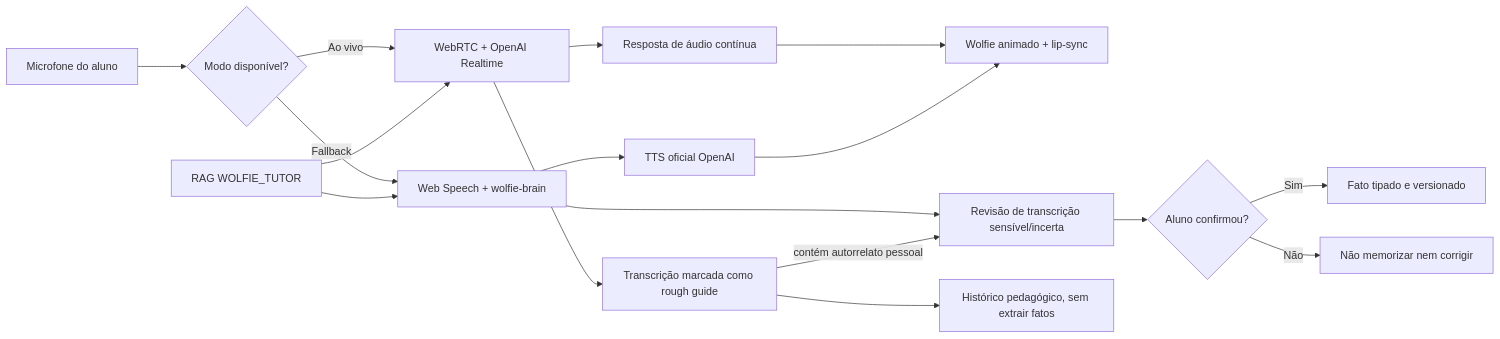
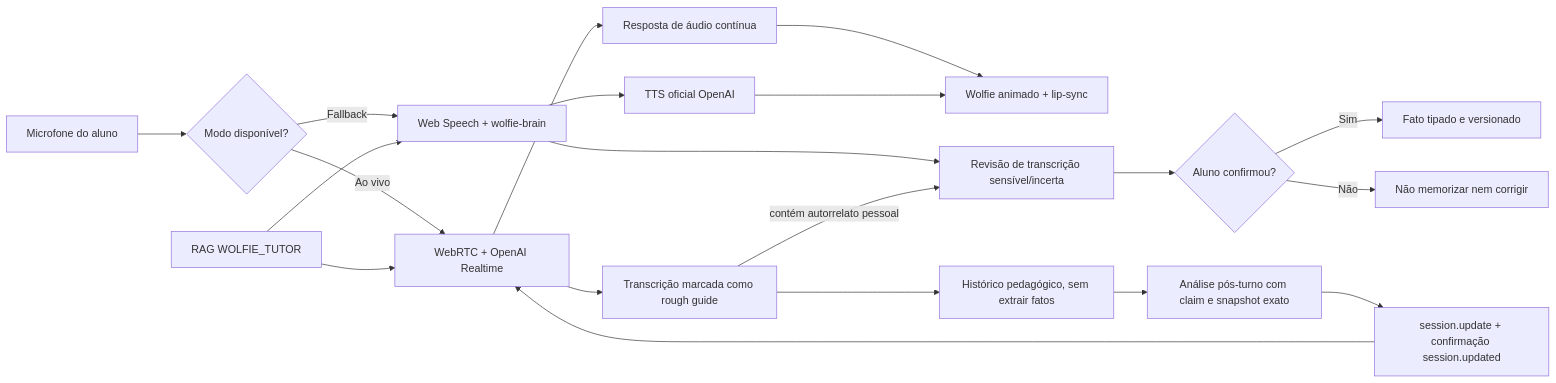
One commit to saldanha99/Wise-Wolf-SAAS changed the diagram in docs/wolfie-realtime-memory.md. Above: the diagram before and after it, drawn with Mermaid. The commit also changed other lines of this file and 46 other files, not shown here.

````diff
--- a/docs/wolfie-realtime-memory.md
+++ b/docs/wolfie-realtime-memory.md
@@ -20,19 +20,22 @@
 ```mermaid
 flowchart LR
   A["Microfone do aluno"] --> B{"Modo disponível?"}
   B -->|"Ao vivo"| C["WebRTC + OpenAI Realtime"]
   B -->|"Fallback"| D["Web Speech + wolfie-brain"]
   C --> E["Resposta de áudio contínua"]
   D --> F["TTS oficial OpenAI"]
   E --> G["Wolfie animado + lip-sync"]
   F --> G
   C --> H["Transcrição marcada como rough guide"]
   D --> I["Revisão de transcrição sensível/incerta"]
   H -->|"contém autorrelato pessoal"| I
   H --> J["Histórico pedagógico, sem extrair fatos"]
+  J --> O["Análise pós-turno com claim e snapshot exato"]
+  O --> P["session.update + confirmação session.updated"]
+  P --> C
   I --> K{"Aluno confirmou?"}
   K -->|"Sim"| L["Fato tipado e versionado"]
   K -->|"Não"| M["Não memorizar nem corrigir"]
   N["RAG WOLFIE_TUTOR"] --> C
   N --> D
 ```
````
